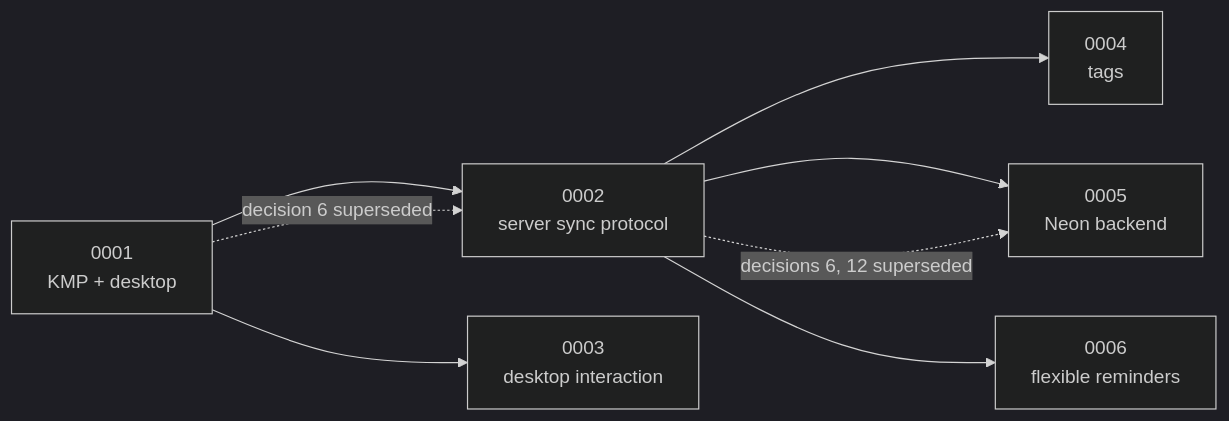
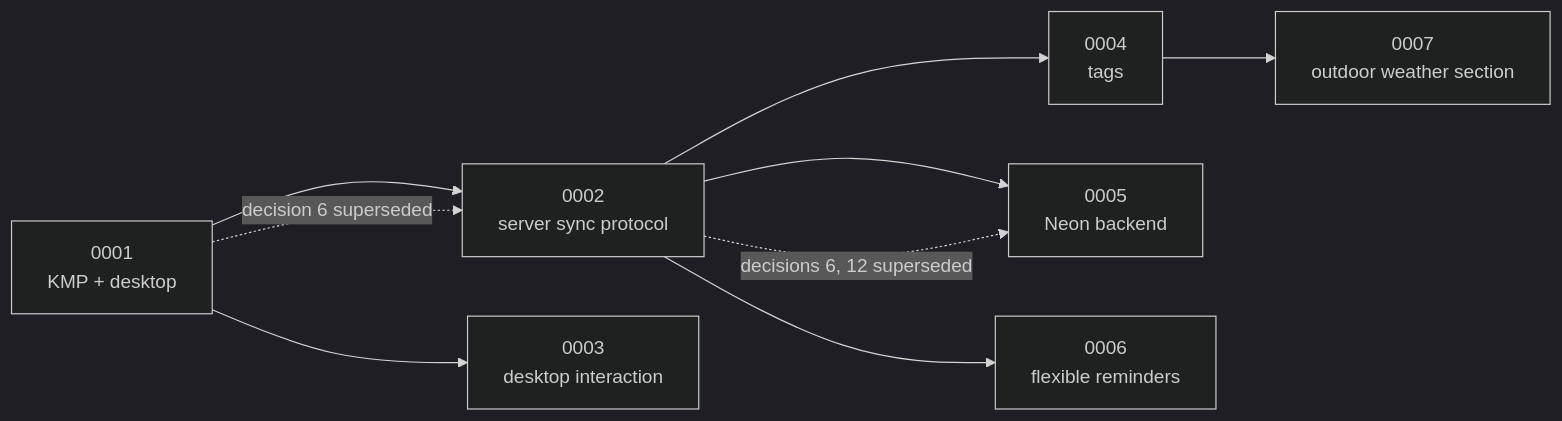
Before and after one commit to viberfasend/primico: the diagram in docs/adr/README.md, drawn with Mermaid (dark theme). The commit also changed other lines of this file and 45 other files, not shown here.

First line of the commit message:
feat(weather): outdoor section on Today on known-dry days (#240) (#241)

````diff
--- a/docs/adr/README.md
+++ b/docs/adr/README.md
@@ -22,10 +23,11 @@
 ```mermaid
 flowchart LR
   A1["0001<br/>KMP + desktop"] --> A2["0002<br/>server sync protocol"]
   A1 --> A3["0003<br/>desktop interaction"]
   A2 --> A4["0004<br/>tags"]
   A2 --> A5["0005<br/>Neon backend"]
   A1 -. "decision 6 superseded" .-> A2
   A2 -. "decisions 6, 12 superseded" .-> A5
   A2 --> A6["0006<br/>flexible reminders"]
+  A4 --> A7["0007<br/>outdoor weather section"]
 ```
````
